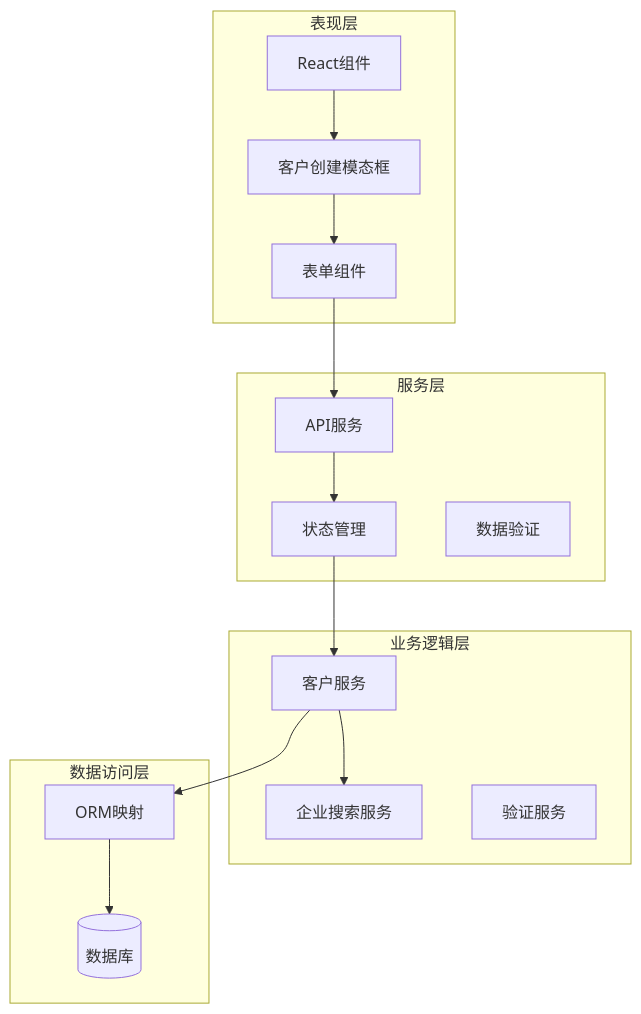
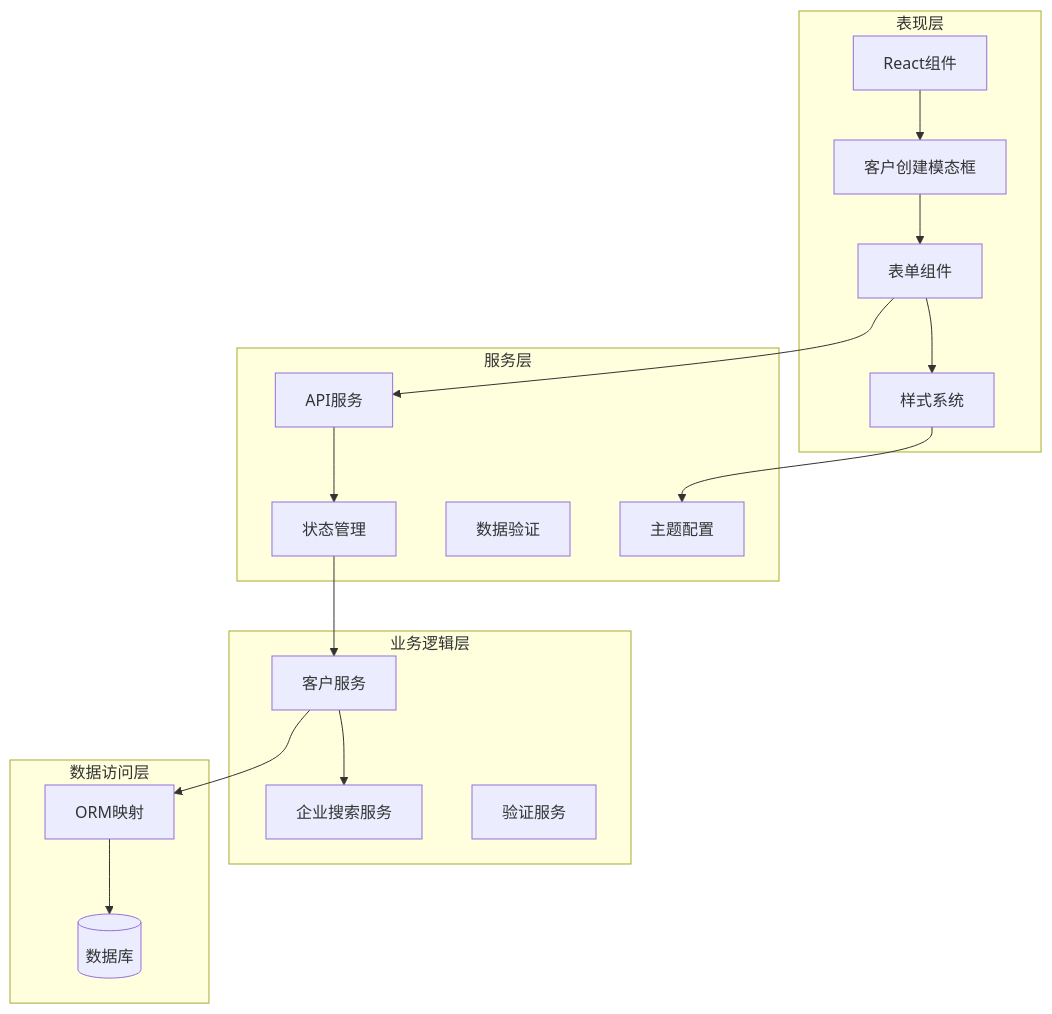
The fourth of 8 diagrams in .qoder/repowiki/zh/content/核心组件/客户创建模态框增强功能.md (xianjianshenqu/SalesFlow-CRM), drawn with Mermaid before and after one commit. The commit also changed other lines of this file and 11 other files, not shown here.

````diff
--- a/.qoder/repowiki/zh/content/核心组件/客户创建模态框增强功能.md
+++ b/.qoder/repowiki/zh/content/核心组件/客户创建模态框增强功能.md
@@ -202,30 +222,34 @@
 ```mermaid
 graph TB
 subgraph "表现层"
 UI[React组件]
 Modal[客户创建模态框]
 Form[表单组件]
+Styles[样式系统]
 end
 subgraph "服务层"
 APIService[API服务]
 Store[状态管理]
 Validator[数据验证]
+Theme[主题配置]
 end
 subgraph "业务逻辑层"
 CustomerService[客户服务]
 CompanySearchService[企业搜索服务]
 ValidationService[验证服务]
 end
 subgraph "数据访问层"
 Prisma[ORM映射]
 Database[(数据库)]
 end
 UI --> Modal
 Modal --> Form
+Form --> Styles
+Styles --> Theme
 Form --> APIService
 APIService --> Store
 Store --> CustomerService
 CustomerService --> CompanySearchService
 CustomerService --> Prisma
 Prisma --> Database
 ```
````
